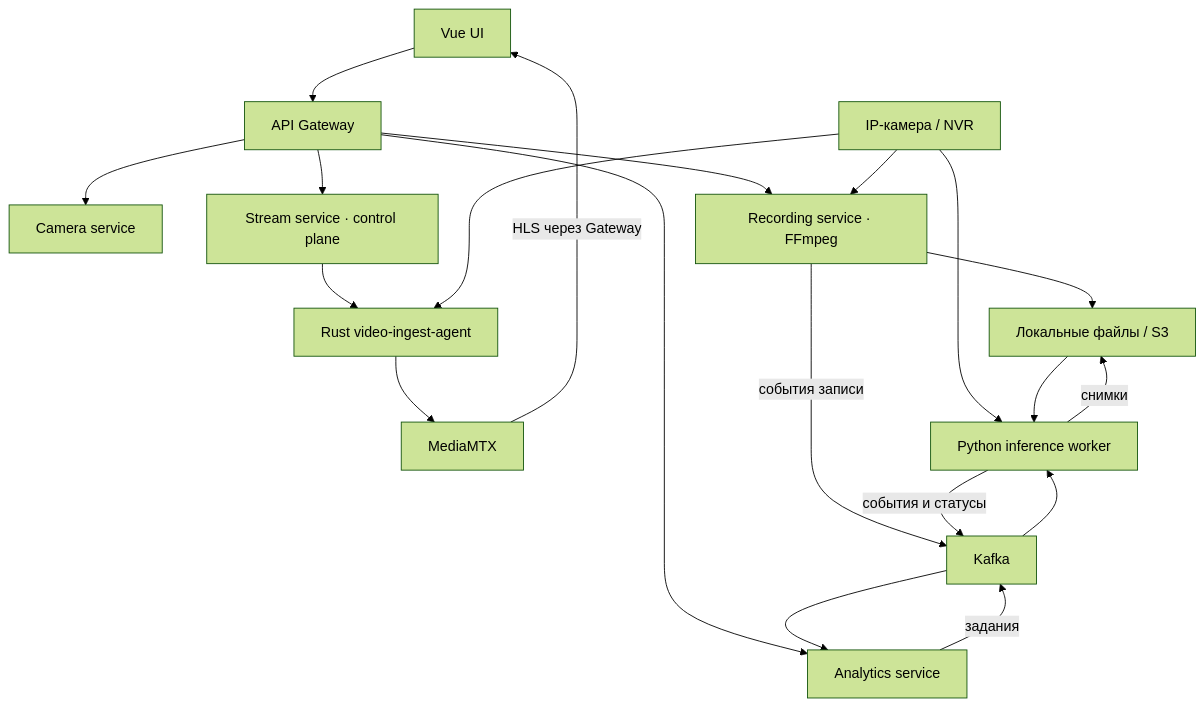
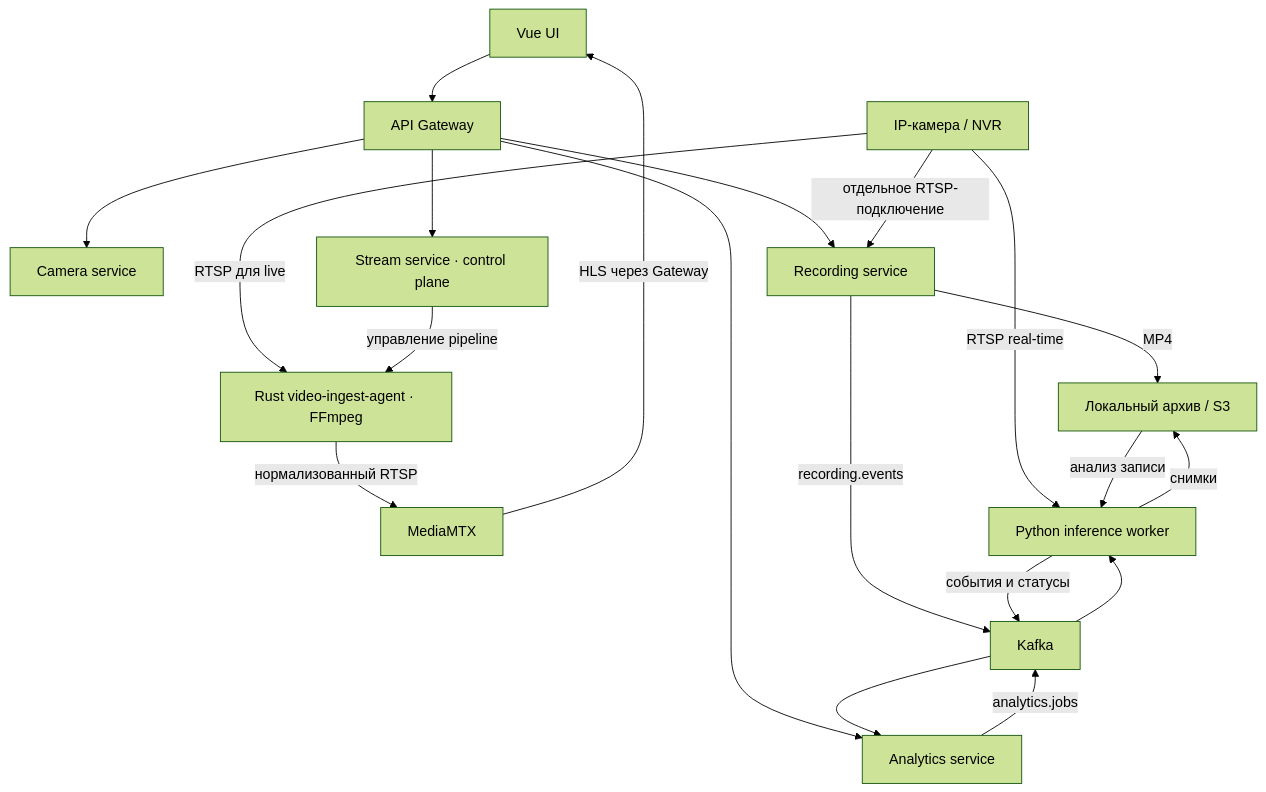
One commit to coltrack-dev/smart-surveillance-platform changed the diagram in README.md. Above: the diagram before and after it, drawn with Mermaid (forest theme). The commit also changed other lines of this file, not shown here.

Commit message:
docs: update README for Rust video ingest agent

````diff
--- a/README.md
+++ b/README.md
@@ -23,22 +23,25 @@
 ```mermaid
 flowchart TD
     UI["Vue UI"] --> GW["API Gateway"]
     GW --> CAM["Camera service"]
     GW --> STREAM["Stream service · control plane"]
-    GW --> REC["Recording service · FFmpeg"]
+    GW --> REC["Recording service"]
     GW --> ANA["Analytics service"]
-    STREAM --> AGENT["Rust video-ingest-agent"]
-    SOURCE["IP-камера / NVR"] --> AGENT
-    AGENT --> MTX["MediaMTX"]
-    SOURCE --> REC
-    SOURCE --> WORKER["Python inference worker"]
-    MTX -->|HLS через Gateway| UI
-    REC --> STORE["Локальные файлы / S3"]
-    STORE --> WORKER
-    ANA -->|задания| KAFKA["Kafka"]
-    REC -->|события записи| KAFKA
+
+    SOURCE["IP-камера / NVR"] -->|"RTSP для live"| AGENT["Rust video-ingest-agent · FFmpeg"]
+    STREAM -->|"управление pipeline"| AGENT
+    AGENT -->|"нормализованный RTSP"| MTX["MediaMTX"]
+    MTX -->|"HLS через Gateway"| UI
+
+    SOURCE -->|"отдельное RTSP-подключение"| REC
+    REC -->|"MP4"| STORE["Локальный архив / S3"]
+
+    SOURCE -->|"RTSP real-time"| WORKER["Python inference worker"]
+    STORE -->|"анализ записи"| WORKER
+    ANA -->|"analytics.jobs"| KAFKA["Kafka"]
+    REC -->|"recording.events"| KAFKA
     KAFKA --> WORKER
-    WORKER -->|события и статусы| KAFKA
+    WORKER -->|"события и статусы"| KAFKA
     KAFKA --> ANA
-    WORKER -->|снимки| STORE
+    WORKER -->|"снимки"| STORE
 ```
````
